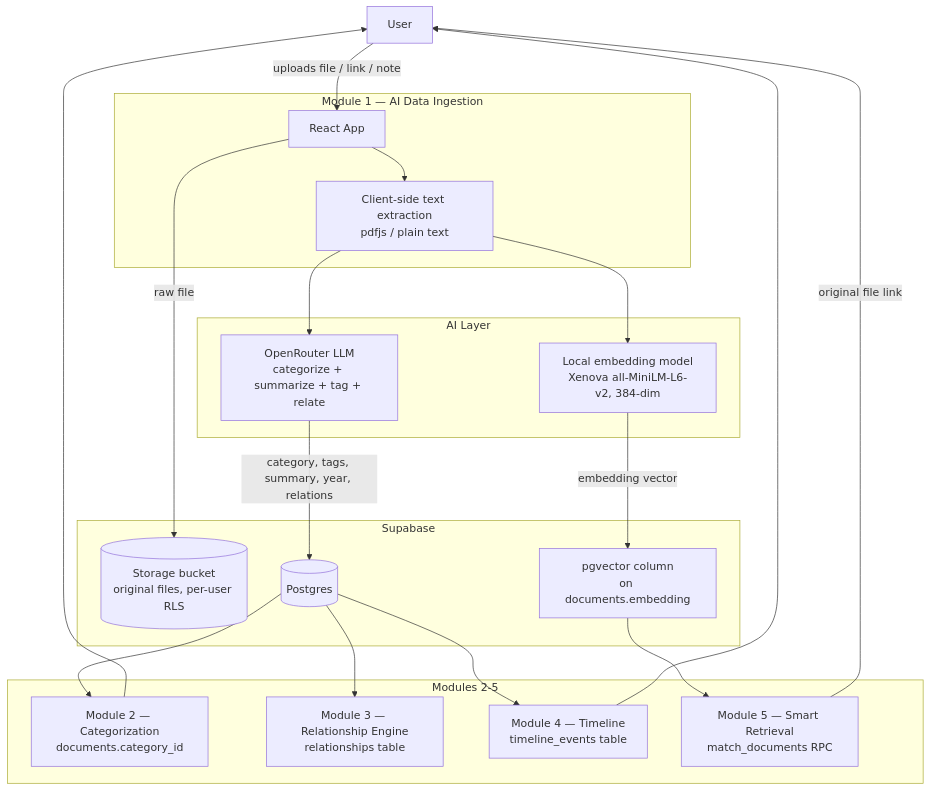
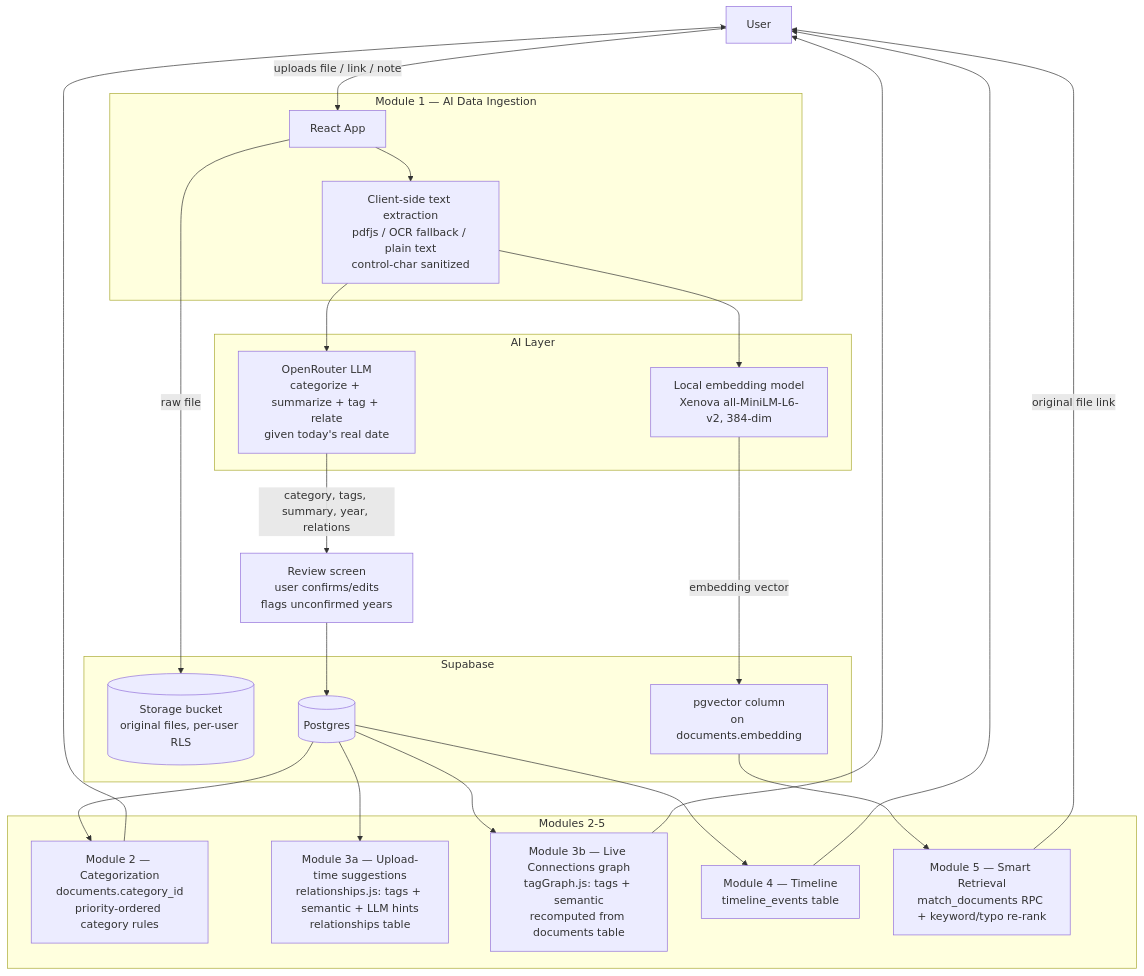
The diagram in ARCHITECTURE.md (Darshan-Patil-18/MemoryverseAI), drawn with Mermaid before and after one commit. The commit also changed other lines of this file and 27 other files, not shown here.

````diff
--- a/ARCHITECTURE.md
+++ b/ARCHITECTURE.md
@@ -5,39 +5,43 @@
 ```mermaid
 flowchart TD
     U[User] -->|uploads file / link / note| UI[React App]
 
     subgraph Ingestion["Module 1 — AI Data Ingestion"]
-        UI --> EX[Client-side text extraction<br/>pdfjs / plain text]
+        UI --> EX[Client-side text extraction<br/>pdfjs / OCR fallback / plain text<br/>control-char sanitized]
     end
 
     subgraph AI["AI Layer"]
-        EX --> CAT[OpenRouter LLM<br/>categorize + summarize + tag + relate]
+        EX --> CAT[OpenRouter LLM<br/>categorize + summarize + tag + relate<br/>given today's real date]
         EX --> EMB[Local embedding model<br/>Xenova all-MiniLM-L6-v2, 384-dim]
     end
 
     subgraph Storage["Supabase"]
         FILES[(Storage bucket<br/>original files, per-user RLS)]
         DB[(Postgres)]
         VEC[pgvector column<br/>on documents.embedding]
     end
 
     UI -->|raw file| FILES
-    CAT -->|category, tags, summary, year, relations| DB
+    CAT -->|category, tags, summary, year, relations| REVIEW[Review screen<br/>user confirms/edits<br/>flags unconfirmed years]
     EMB -->|embedding vector| VEC
+    REVIEW --> DB
 
     subgraph Modules["Modules 2-5"]
-        CATOUT[Module 2 — Categorization<br/>documents.category_id]
-        RELOUT[Module 3 — Relationship Engine<br/>relationships table]
+        CATOUT[Module 2 — Categorization<br/>documents.category_id<br/>priority-ordered category rules]
+        RELOUT1[Module 3a — Upload-time suggestions<br/>relationships.js: tags + semantic + LLM hints<br/>relationships table]
+        RELOUT2[Module 3b — Live Connections graph<br/>tagGraph.js: tags + semantic<br/>recomputed from documents table]
         TIMEOUT[Module 4 — Timeline<br/>timeline_events table]
-        SEARCHOUT[Module 5 — Smart Retrieval<br/>match_documents RPC]
+        SEARCHOUT[Module 5 — Smart Retrieval<br/>match_documents RPC + keyword/typo re-rank]
     end
 
     DB --> CATOUT
-    DB --> RELOUT
+    DB --> RELOUT1
+    DB --> RELOUT2
     DB --> TIMEOUT
     VEC --> SEARCHOUT
 
     SEARCHOUT -->|original file link| U
     CATOUT --> U
     TIMEOUT --> U
+    RELOUT2 --> U
 ```
````
